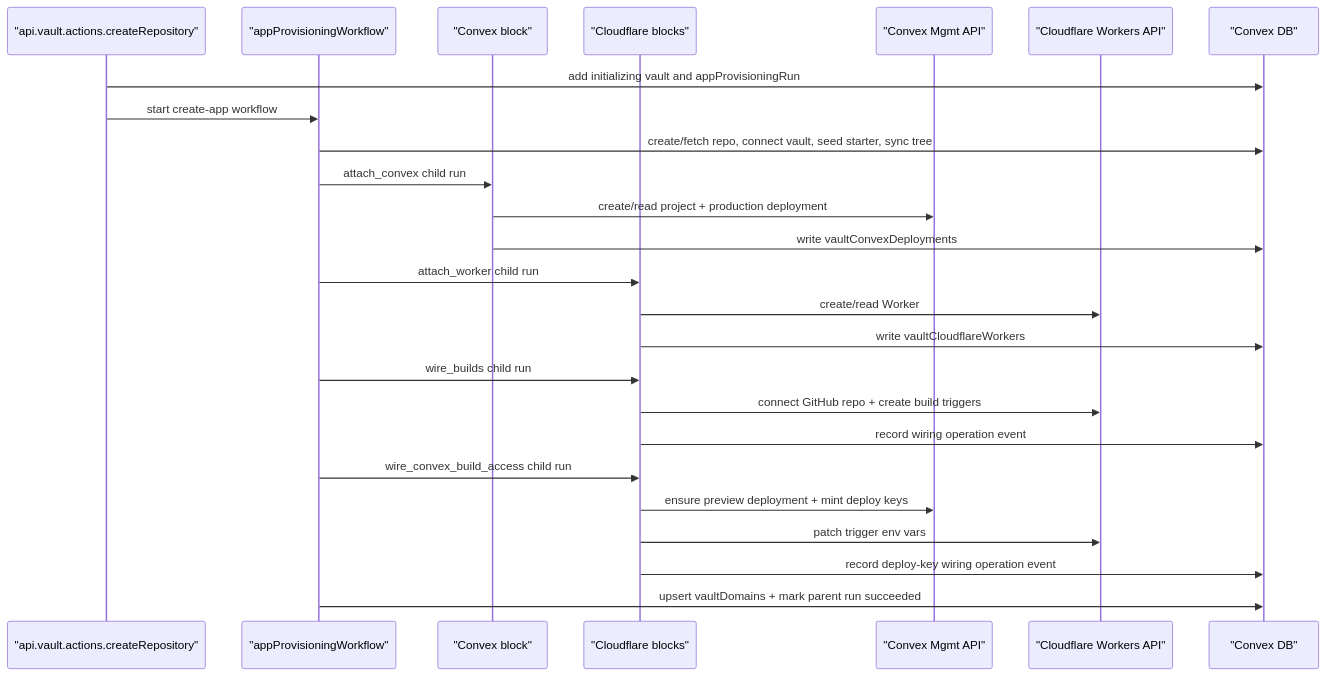
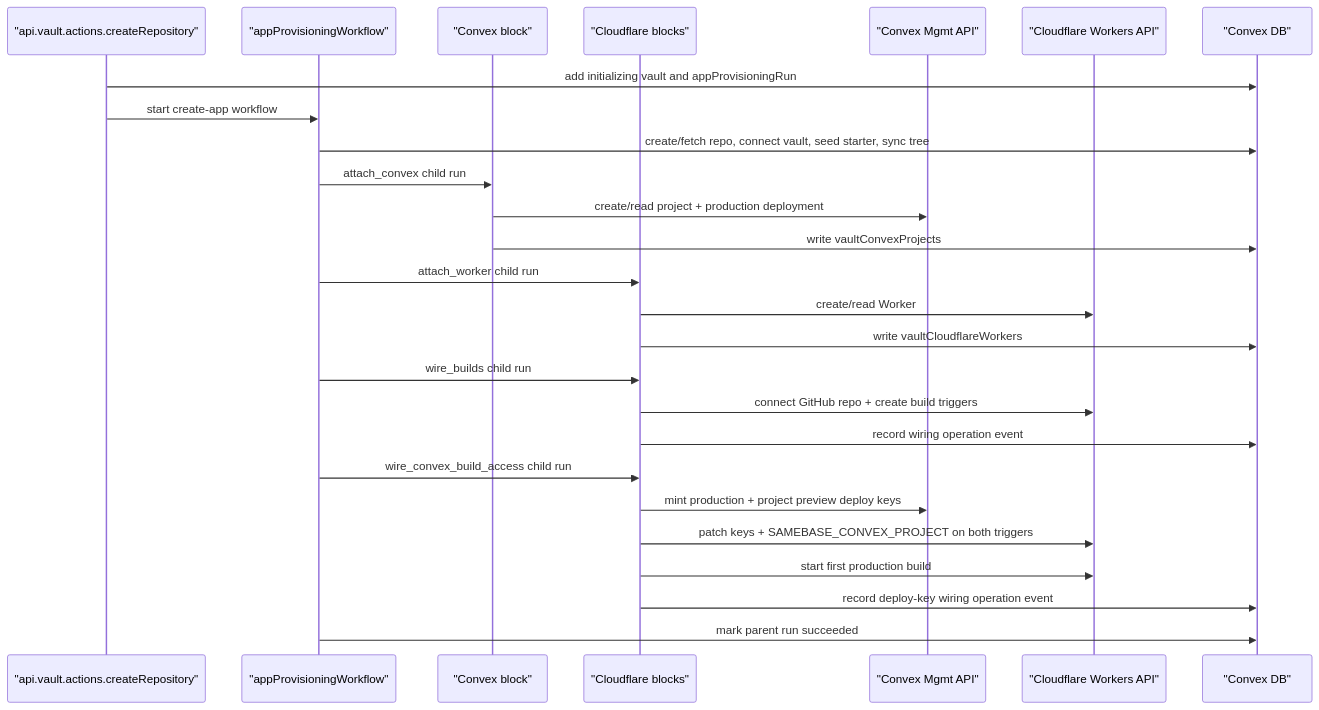
The diagram in specs/003_VAULT_INFRA_PROVISIONING_SPEC.md (samebase/samebase), drawn with Mermaid before and after one commit. The commit also changed other lines of this file and 5 other files, not shown here.

````diff
--- a/specs/003_VAULT_INFRA_PROVISIONING_SPEC.md
+++ b/specs/003_VAULT_INFRA_PROVISIONING_SPEC.md
@@ -215,28 +231,29 @@
 ```mermaid
 sequenceDiagram
   participant VA as "api.vault.actions.createRepository"
   participant WF as "appProvisioningWorkflow"
   participant CVXB as "Convex block"
   participant CFB as "Cloudflare blocks"
   participant CVX as "Convex Mgmt API"
   participant CFL as "Cloudflare Workers API"
   participant DB as "Convex DB"
 
   VA->>DB: add initializing vault and appProvisioningRun
   VA->>WF: start create-app workflow
   WF->>DB: create/fetch repo, connect vault, seed starter, sync tree
   WF->>CVXB: attach_convex child run
   CVXB->>CVX: create/read project + production deployment
-  CVXB->>DB: write vaultConvexDeployments
+  CVXB->>DB: write vaultConvexProjects
   WF->>CFB: attach_worker child run
   CFB->>CFL: create/read Worker
   CFB->>DB: write vaultCloudflareWorkers
   WF->>CFB: wire_builds child run
   CFB->>CFL: connect GitHub repo + create build triggers
   CFB->>DB: record wiring operation event
   WF->>CFB: wire_convex_build_access child run
-  CFB->>CVX: ensure preview deployment + mint deploy keys
-  CFB->>CFL: patch trigger env vars
+  CFB->>CVX: mint production + project preview deploy keys
+  CFB->>CFL: patch keys + SAMEBASE_CONVEX_PROJECT on both triggers
+  CFB->>CFL: start first production build
   CFB->>DB: record deploy-key wiring operation event
-  WF->>DB: upsert vaultDomains + mark parent run succeeded
+  WF->>DB: mark parent run succeeded
 ```
````
